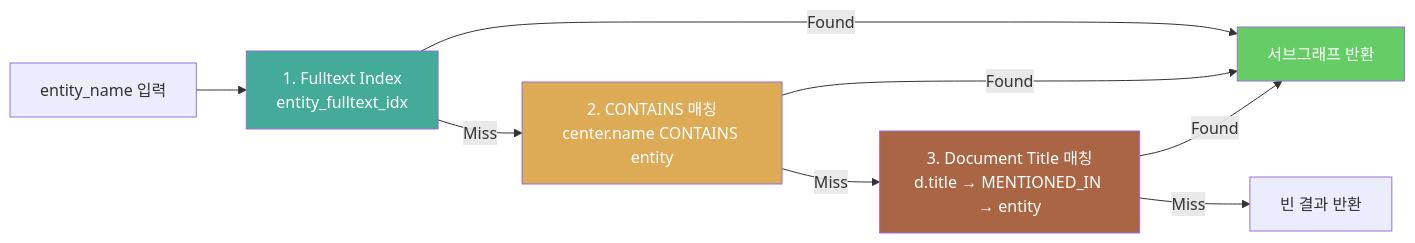
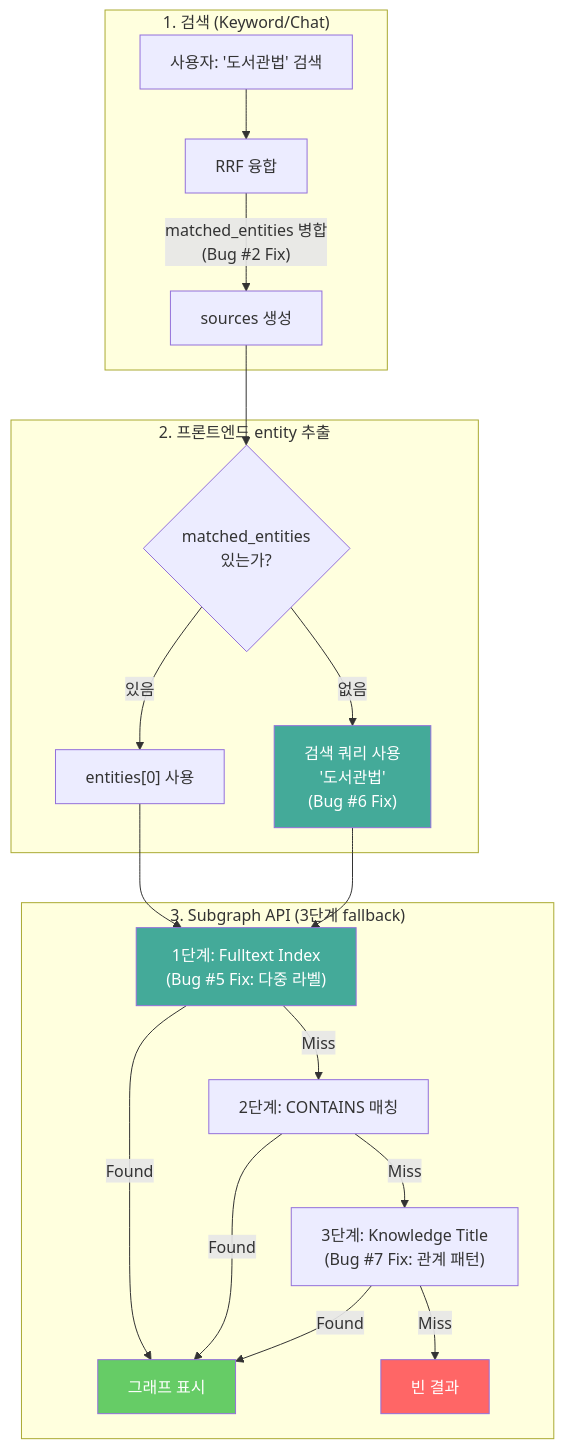
The sixth of 6 diagrams in knowledge_service/docs/07_maintenance/21_bugfix_report_2026-02-11_gateway_405_graph_empty.md (k82022603/hybrid-rag-knowledge-ops), drawn with Mermaid before and after one commit. The commit also changed other lines of this file and 4 other files, not shown here.

First line of the commit message:
[FIX] Graph 시각화 빈 결과 Phase 2 - Fulltext 인덱스 + fallback 패턴 수정

````diff
--- a/knowledge_service/docs/07_maintenance/21_bugfix_report_2026-02-11_gateway_405_graph_empty.md
+++ b/knowledge_service/docs/07_maintenance/21_bugfix_report_2026-02-11_gateway_405_graph_empty.md
@@ -268,15 +334,29 @@
 ```mermaid
-flowchart LR
-    REQ["entity_name 입력"] --> FT["1. Fulltext Index<br/>entity_fulltext_idx"]
-    FT -->|"Found"| OK["서브그래프 반환"]
-    FT -->|"Miss"| CT["2. CONTAINS 매칭<br/>center.name CONTAINS entity"]
-    CT -->|"Found"| OK
-    CT -->|"Miss"| DT["3. Document Title 매칭<br/>d.title → MENTIONED_IN → entity"]
-    DT -->|"Found"| OK
-    DT -->|"Miss"| EMPTY["빈 결과 반환"]
+flowchart TB
+    subgraph Search["1. 검색 (Keyword/Chat)"]
+        Q["사용자: '도서관법' 검색"] --> RRF["RRF 융합"]
+        RRF -->|"matched_entities 병합<br/>(Bug #2 Fix)"| SRC["sources 생성"]
+    end
 
+    subgraph Frontend["2. 프론트엔드 entity 추출"]
+        SRC --> CHK{"matched_entities<br/>있는가?"}
+        CHK -->|"있음"| ENT1["entities[0] 사용"]
+        CHK -->|"없음"| QRY["검색 쿼리 사용<br/>'도서관법'<br/>(Bug #6 Fix)"]
+    end
+
+    subgraph Subgraph["3. Subgraph API (3단계 fallback)"]
+        ENT1 --> FT["1단계: Fulltext Index<br/>(Bug #5 Fix: 다중 라벨)"]
+        QRY --> FT
+        FT -->|"Found"| OK["그래프 표시"]
+        FT -->|"Miss"| CT["2단계: CONTAINS 매칭"]
+        CT -->|"Found"| OK
+        CT -->|"Miss"| DT["3단계: Knowledge Title<br/>(Bug #7 Fix: 관계 패턴)"]
+        DT -->|"Found"| OK
+        DT -->|"Miss"| EMPTY["빈 결과"]
+    end
+
+    style OK fill:#6c6,color:#fff
+    style EMPTY fill:#f66,color:#fff
+    style QRY fill:#4a9,color:#fff
     style FT fill:#4a9,color:#fff
-    style CT fill:#da5,color:#fff
-    style DT fill:#a64,color:#fff
-    style OK fill:#6c6,color:#fff
 ```
````
